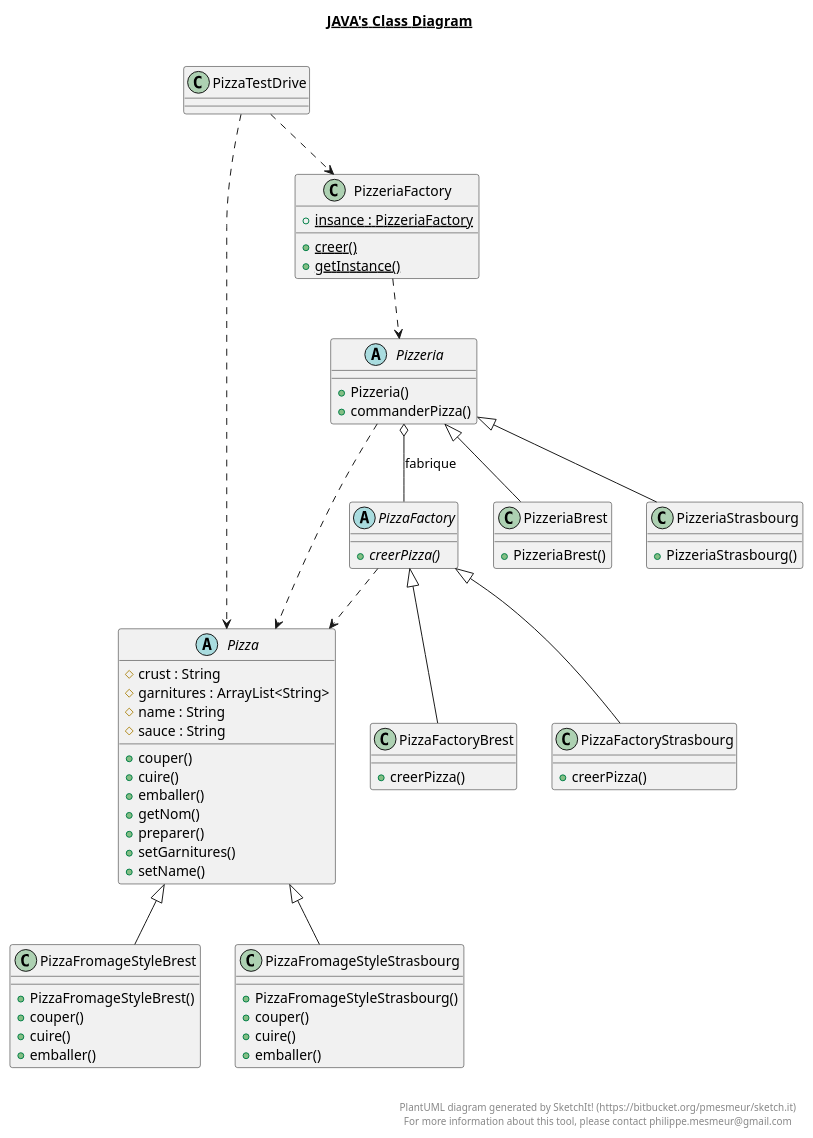
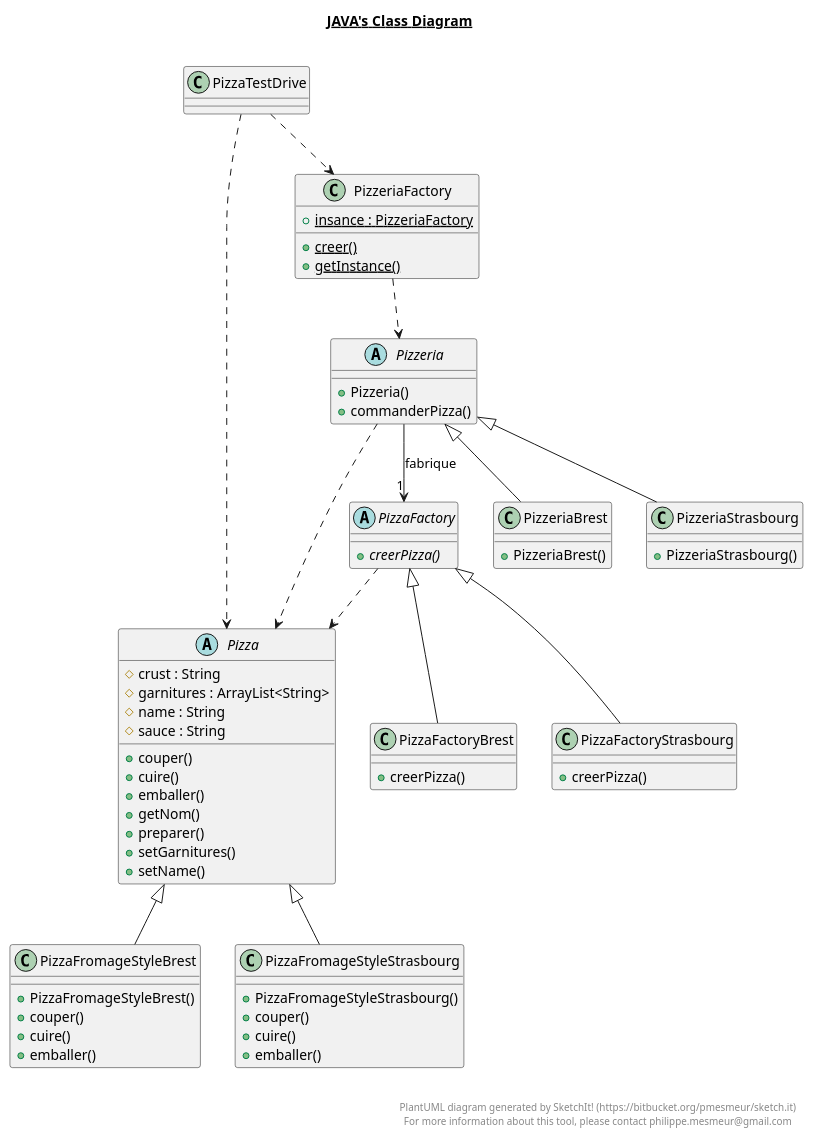
Before and after one commit to IUT-Blagnac/cpoa-tp3-Sbigourie: the diagram in docs/TP3.plantuml, drawn with PlantUML. The commit also changed 9 other files, not shown here.

```diff
--- a/docs/TP3.plantuml
+++ b/docs/TP3.plantuml
@@ -1,114 +1,114 @@
 @startuml
 
 title __JAVA's Class Diagram__\n
 
 
     abstract class Pizza {
         # crust : String
         # garnitures : ArrayList<String>
         # name : String
         # sauce : String
         + couper()
         + cuire()
         + emballer()
         + getNom()
         + preparer()
         + setGarnitures()
         + setName()
     }
 
 
 
 
     abstract class PizzaFactory {
         {abstract} + creerPizza()
     }
 
 
 
 
     class PizzaFactoryBrest {
         + creerPizza()
     }
 
 
 
 
     class PizzaFactoryStrasbourg {
         + creerPizza()
     }
 
 
 
 
     class PizzaFromageStyleBrest {
         + PizzaFromageStyleBrest()
         + couper()
         + cuire()
         + emballer()
     }
 
 
     class PizzaFromageStyleStrasbourg {
         + PizzaFromageStyleStrasbourg()
         + couper()
         + cuire()
         + emballer()
     }
 
 
 
 
     abstract class Pizzeria {
         + Pizzeria()
         + commanderPizza()
     }
 
 
 
 
     class PizzeriaBrest {
         + PizzeriaBrest()
     }
 
 
 
 
     class PizzeriaFactory {
         {static} + insance : PizzeriaFactory
         {static} + creer()
         {static} + getInstance()
     }
 
 
 
 
     class PizzeriaStrasbourg {
         + PizzeriaStrasbourg()
     }
 
 
 
     Pizzeria ..> Pizza
     PizzeriaFactory ..> Pizzeria
     PizzaFactory ..> Pizza
     PizzaTestDrive ..> Pizza
     PizzaTestDrive ..> PizzeriaFactory
 
   PizzaFactory <|-- PizzaFactoryBrest
   PizzaFactory <|-- PizzaFactoryStrasbourg
   Pizza <|-- PizzaFromageStyleBrest
   Pizza <|-- PizzaFromageStyleStrasbourg
-  Pizzeria o-- PizzaFactory : fabrique
+  Pizzeria --> "1" PizzaFactory : fabrique
   Pizzeria <|-- PizzeriaBrest
   Pizzeria <|-- PizzeriaStrasbourg
 
 
 right footer
 
 
 PlantUML diagram generated by SketchIt! (https://bitbucket.org/pmesmeur/sketch.it)
 For more information about this tool, please contact philippe.mesmeur@gmail.com
 endfooter
 
 @enduml
```
